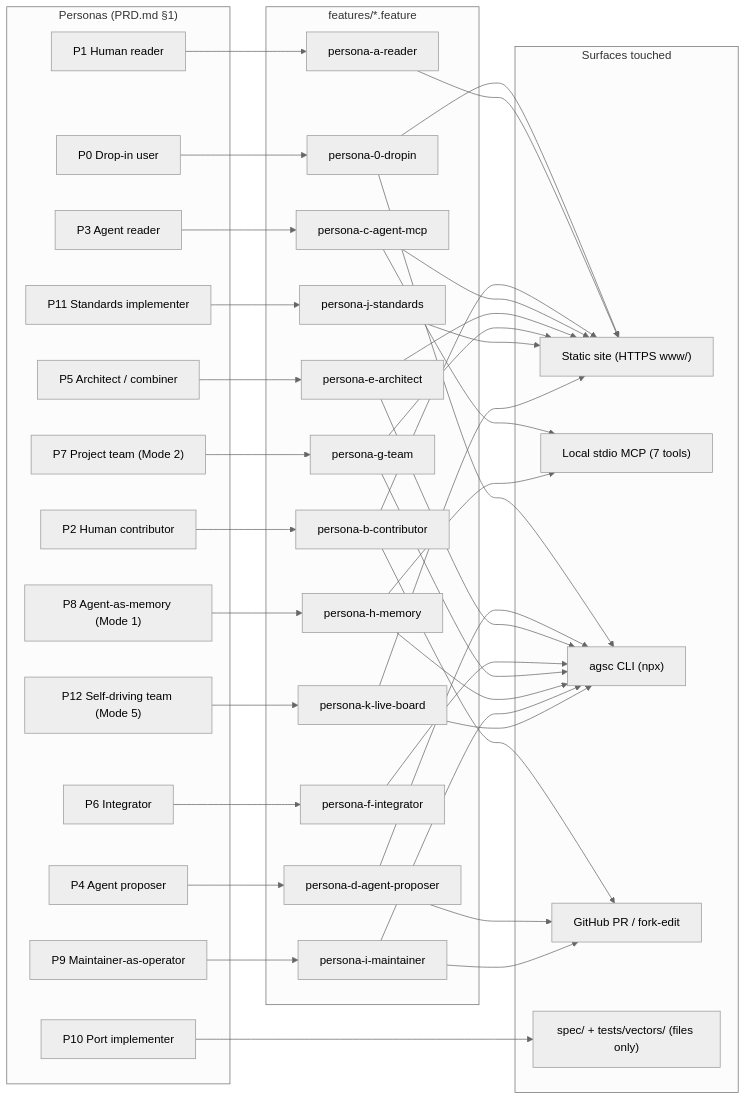
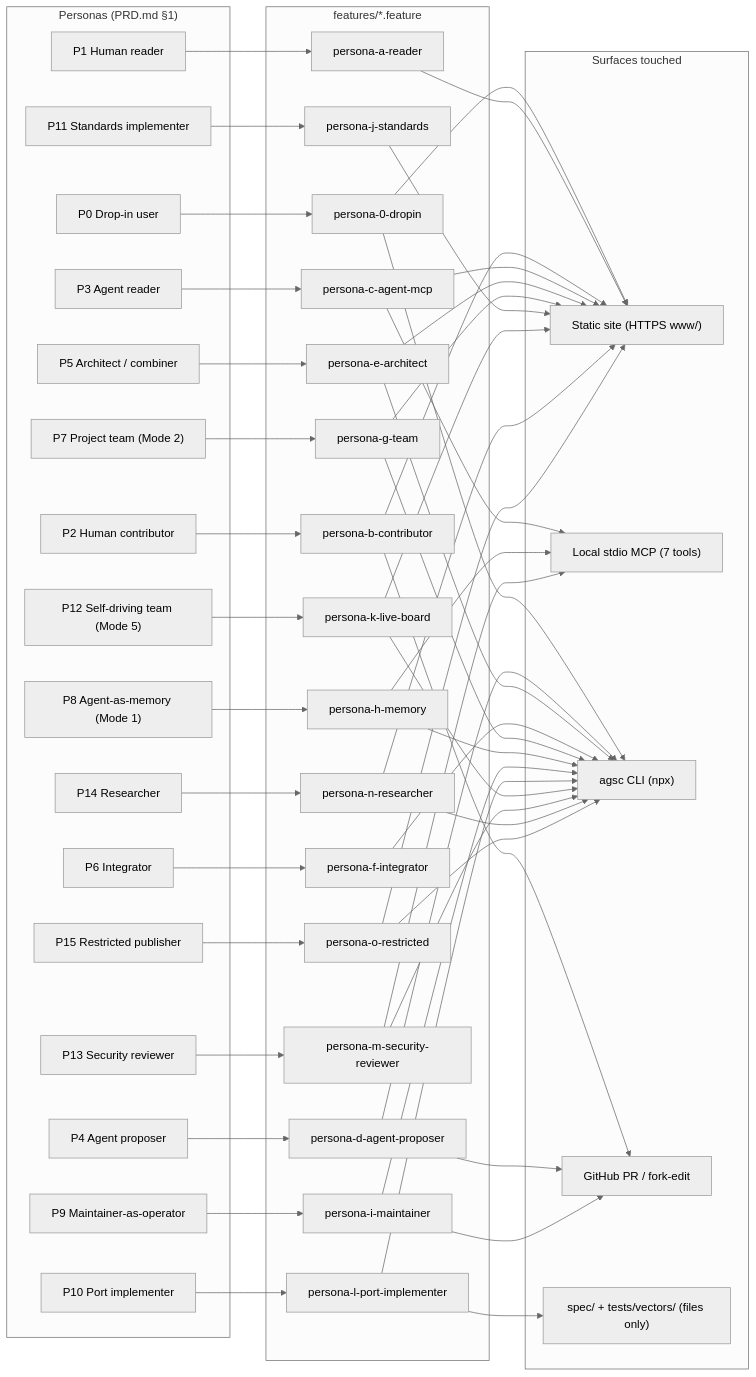
One commit to andreibesleaga/agentic-system-core changed the diagram in docs/diagrams/scenario-map.md. Above: the diagram before and after it, drawn with Mermaid (neutral theme). The commit also changed other lines of this file and 12 other files, not shown here.

````diff
--- a/docs/diagrams/scenario-map.md
+++ b/docs/diagrams/scenario-map.md
@@ -5,64 +5,78 @@
 ```mermaid
 flowchart LR
   subgraph PERSONAS["Personas (PRD.md §1)"]
     P0["P0 Drop-in user"]
     P1["P1 Human reader"]
     P2["P2 Human contributor"]
     P3["P3 Agent reader"]
     P4["P4 Agent proposer"]
     P5["P5 Architect / combiner"]
     P6["P6 Integrator"]
     P7["P7 Project team (Mode 2)"]
     P8["P8 Agent-as-memory (Mode 1)"]
     P9["P9 Maintainer-as-operator"]
     P10["P10 Port implementer"]
     P11["P11 Standards implementer"]
     P12["P12 Self-driving team (Mode 5)"]
+    P13["P13 Security reviewer"]
+    P14["P14 Researcher"]
+    P15["P15 Restricted publisher"]
   end
 
   subgraph FEATURES["features/*.feature"]
     F0["persona-0-dropin"]
     Fa["persona-a-reader"]
     Fb["persona-b-contributor"]
     Fc["persona-c-agent-mcp"]
     Fd["persona-d-agent-proposer"]
     Fe["persona-e-architect"]
     Ff["persona-f-integrator"]
     Fg["persona-g-team"]
     Fh["persona-h-memory"]
     Fi["persona-i-maintainer"]
     Fj["persona-j-standards"]
     Fk["persona-k-live-board"]
+    Fl["persona-l-port-implementer"]
+    Fm["persona-m-security-reviewer"]
+    Fn["persona-n-researcher"]
+    Fo["persona-o-restricted"]
   end
 
   subgraph SURFACES["Surfaces touched"]
     SITE["Static site (HTTPS www/)"]
     MCP["Local stdio MCP (7 tools)"]
     CLI["agsc CLI (npx)"]
     PR["GitHub PR / fork-edit"]
     FILES["spec/ + tests/vectors/ (files only)"]
   end
 
   P0 --> F0 --> CLI
   F0 --> SITE
   P1 --> Fa --> SITE
   P2 --> Fb --> SITE
   Fb --> PR
   P3 --> Fc --> MCP
   Fc --> SITE
   P4 --> Fd --> CLI
   Fd --> PR
   P5 --> Fe --> SITE
   Fe --> CLI
   P6 --> Ff --> CLI
   P7 --> Fg --> CLI
   Fg --> SITE
   P8 --> Fh --> CLI
   Fh --> MCP
   P9 --> Fi --> CLI
   Fi --> PR
-  P10 --> FILES
+  P10 --> Fl --> FILES
+  Fl --> CLI
   P11 --> Fj --> SITE
   P12 --> Fk --> CLI
   Fk --> SITE
+  P13 --> Fm --> CLI
+  Fm --> MCP
+  P14 --> Fn --> CLI
+  Fn --> SITE
+  P15 --> Fo --> SITE
+  Fo --> CLI
 ```
````
